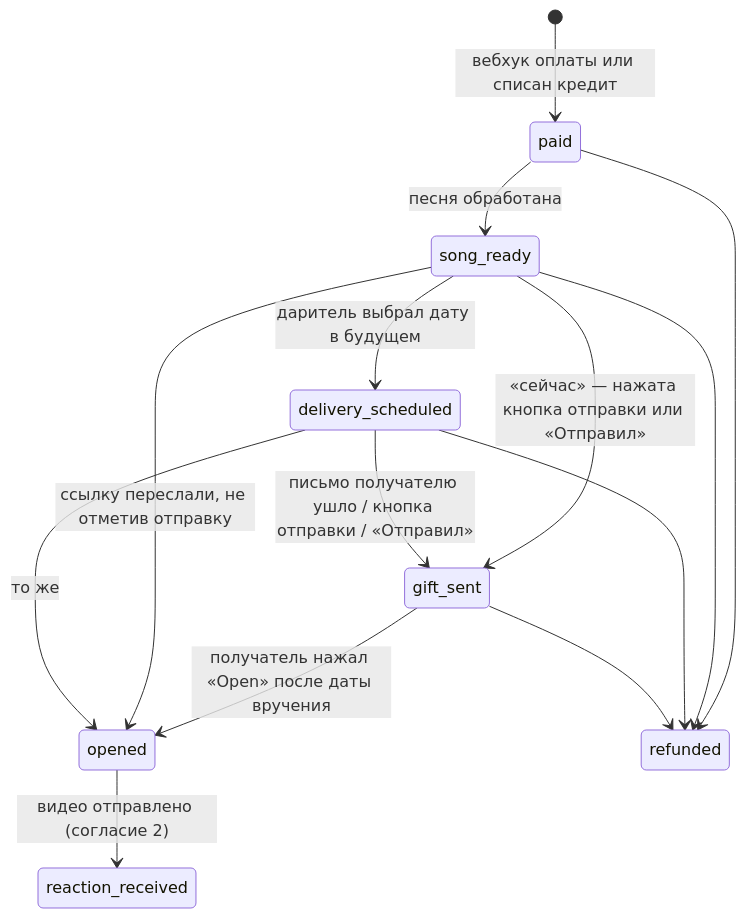
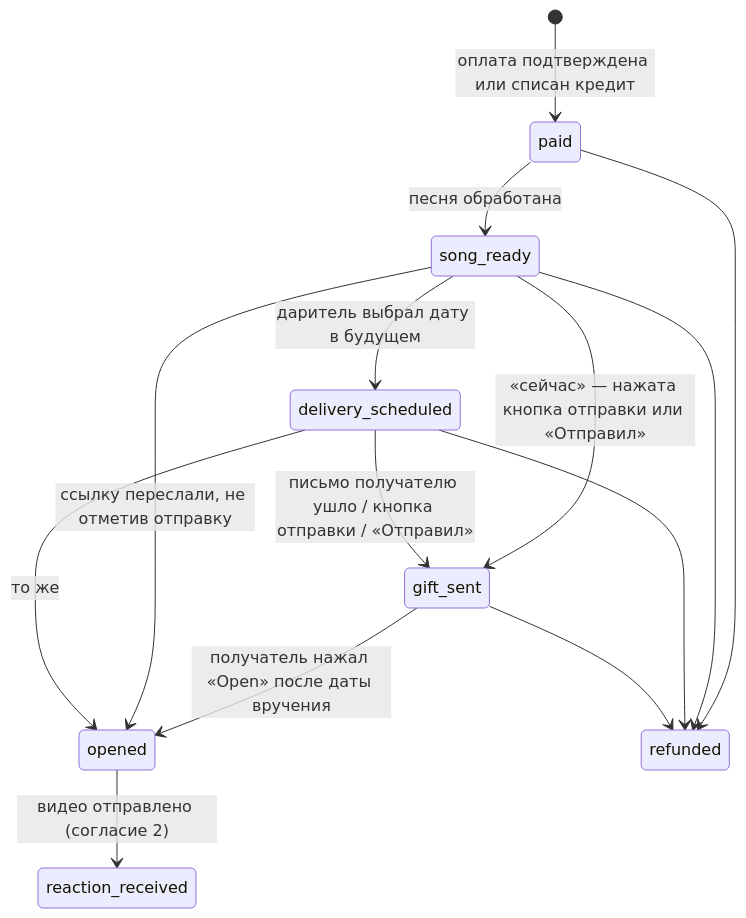
Before and after one commit to AlexMubarakshin/yoursongawaits: the fourth of 4 diagrams in docs/research/06-prd.md, drawn with Mermaid. The commit also changed other lines of this file and 4 other files, not shown here.

First line of the commit message:
PRD v0.4: remove architecture and technical decisions

````diff
--- a/docs/research/06-prd.md
+++ b/docs/research/06-prd.md
@@ -561,16 +517,16 @@
 ```mermaid
 stateDiagram-v2
-    [*] --> paid: вебхук оплаты или списан кредит
+    [*] --> paid: оплата подтверждена или списан кредит
     paid --> song_ready: песня обработана
     song_ready --> delivery_scheduled: даритель выбрал дату в будущем
     song_ready --> gift_sent: «сейчас» — нажата кнопка отправки или «Отправил»
     delivery_scheduled --> gift_sent: письмо получателю ушло / кнопка отправки / «Отправил»
     gift_sent --> opened: получатель нажал «Open» после даты вручения
     song_ready --> opened: ссылку переслали, не отметив отправку
     delivery_scheduled --> opened: то же
     opened --> reaction_received: видео отправлено (согласие 2)
     paid --> refunded
     song_ready --> refunded
     delivery_scheduled --> refunded
     gift_sent --> refunded
 ```
````
